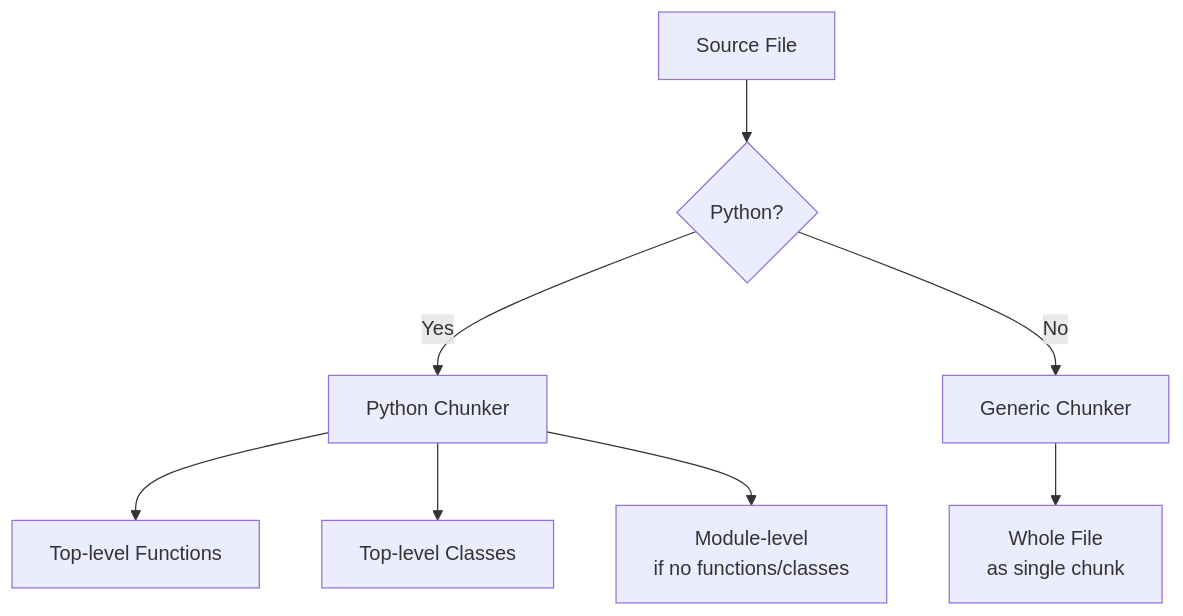
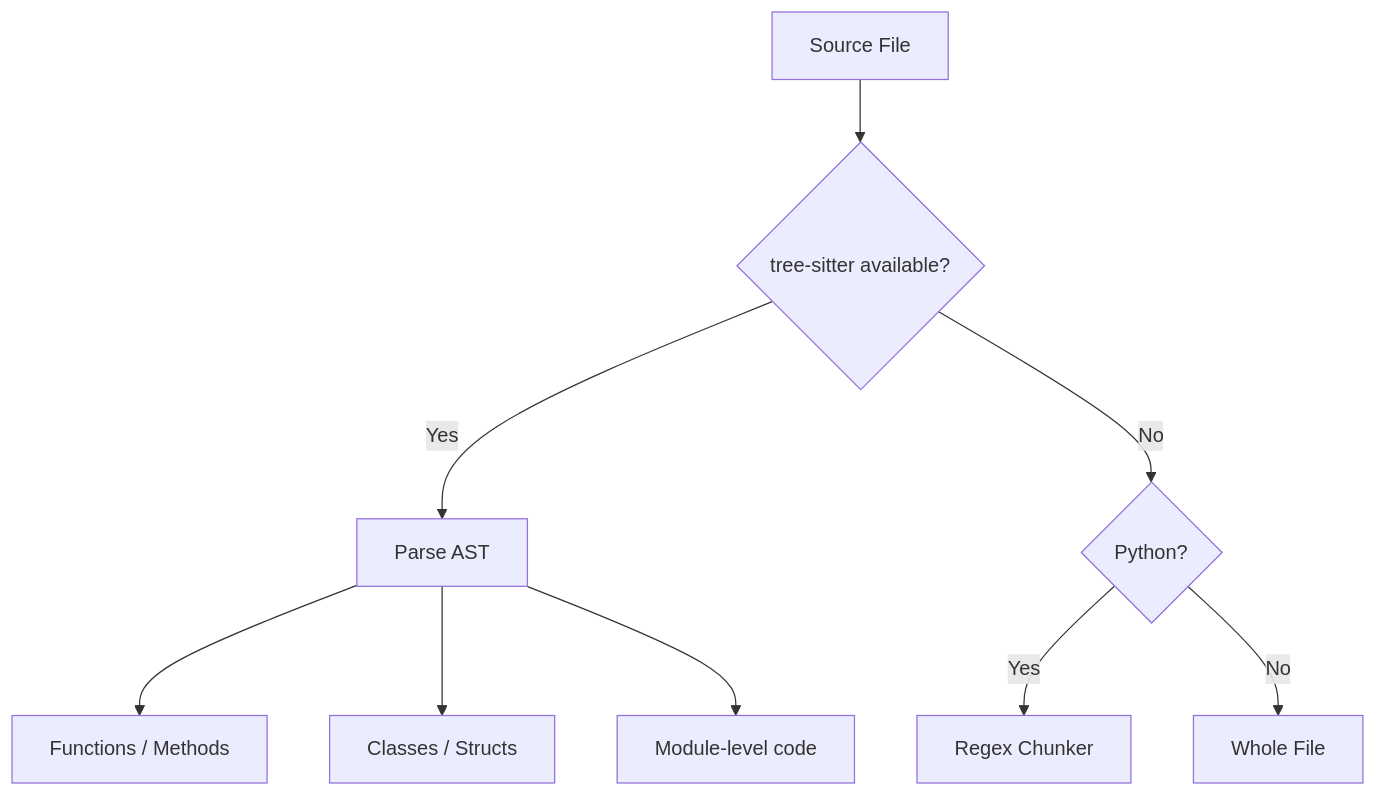
Before and after one commit to sarupurisailalith/codebase-cortex: the second of 3 diagrams in docs/embeddings.md, drawn with Mermaid. The commit also changed other lines of this file and 8 other files, not shown here.

````diff
--- a/docs/embeddings.md
+++ b/docs/embeddings.md
@@ -29,10 +65,11 @@
 ```mermaid
 graph TD
-    FILE[Source File] --> CHECK{Python?}
-    CHECK -->|Yes| PY[Python Chunker]
-    CHECK -->|No| GEN[Generic Chunker]
-    PY --> FUNC[Top-level Functions]
-    PY --> CLASS[Top-level Classes]
-    PY --> MOD[Module-level<br/>if no functions/classes]
-    GEN --> WHOLE[Whole File<br/>as single chunk]
+    FILE[Source File] --> TS{tree-sitter available?}
+    TS -->|Yes| PARSE[Parse AST]
+    PARSE --> FUNC[Functions / Methods]
+    PARSE --> CLASS[Classes / Structs]
+    PARSE --> MOD[Module-level code]
+    TS -->|No| FALLBACK{Python?}
+    FALLBACK -->|Yes| REGEX[Regex Chunker]
+    FALLBACK -->|No| WHOLE[Whole File]
 ```
````
